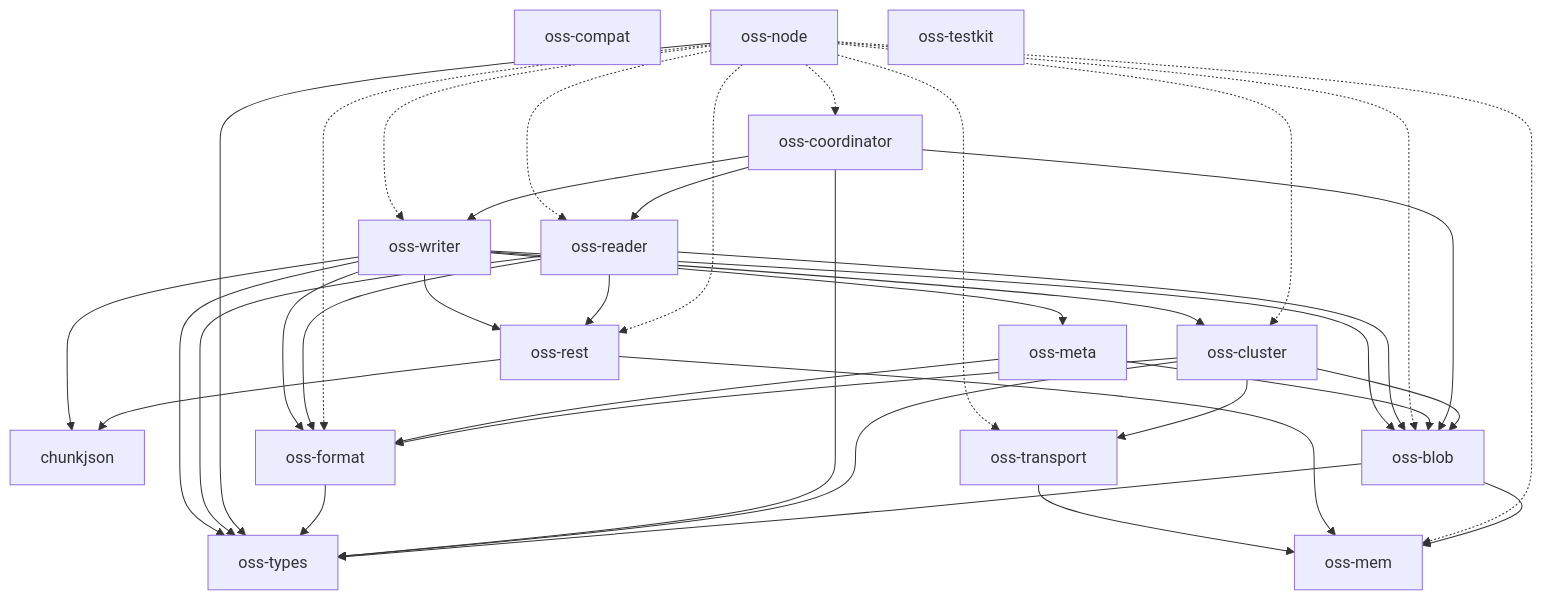
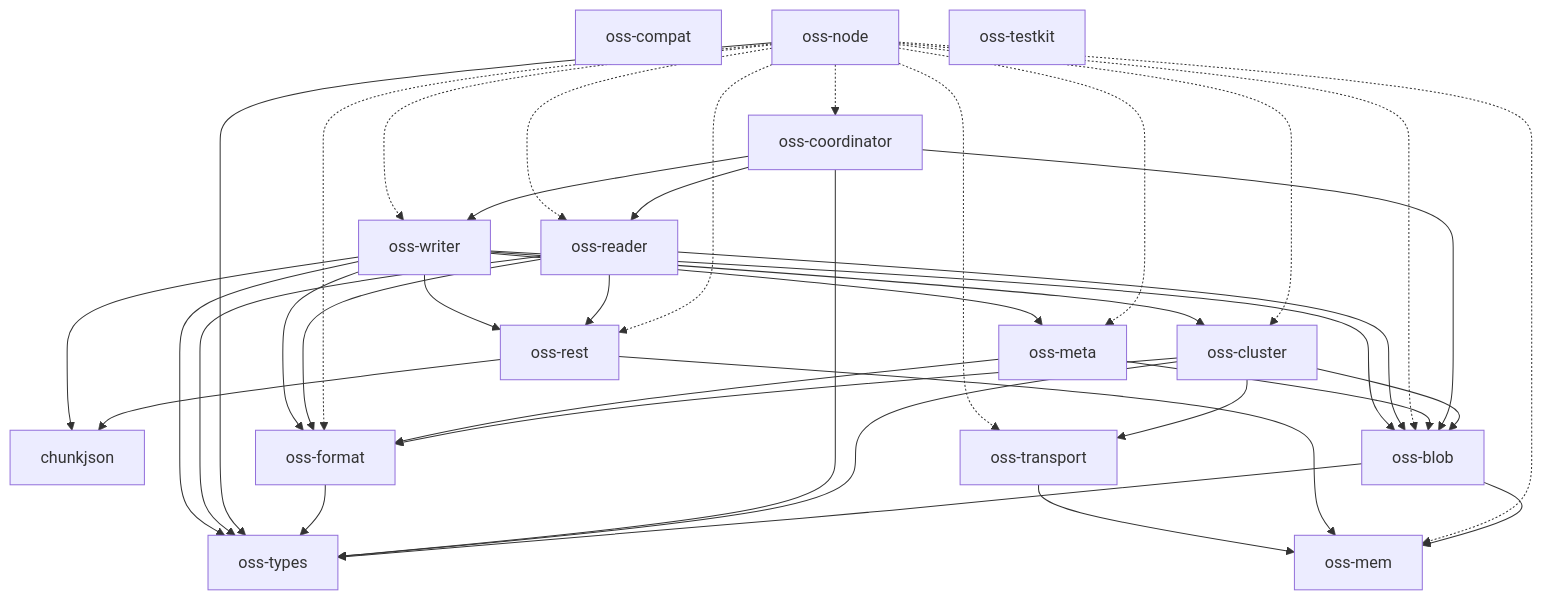
One commit to huyz0/opensearch-serverless changed the diagram in docs/architecture.md. Above: the diagram before and after it, drawn with Mermaid.

Commit message:
docs(architecture): regenerate the crate map
Spec: none (generated file)

````diff
--- a/docs/architecture.md
+++ b/docs/architecture.md
@@ -10,45 +10,46 @@
 ```mermaid
 graph TD
     chunkjson
     oss-blob --> oss-mem
     oss-blob --> oss-types
     oss-cluster --> oss-blob
     oss-cluster --> oss-format
     oss-cluster --> oss-transport
     oss-cluster --> oss-types
     oss-compat
     oss-coordinator --> oss-blob
     oss-coordinator --> oss-reader
     oss-coordinator --> oss-types
     oss-coordinator --> oss-writer
     oss-format --> oss-types
     oss-mem
     oss-meta --> oss-blob
     oss-meta --> oss-format
     oss-node -.-> oss-blob
     oss-node -.-> oss-cluster
     oss-node -.-> oss-coordinator
     oss-node -.-> oss-format
     oss-node -.-> oss-mem
+    oss-node -.-> oss-meta
     oss-node -.-> oss-reader
     oss-node -.-> oss-rest
     oss-node -.-> oss-transport
     oss-node --> oss-types
     oss-node -.-> oss-writer
     oss-reader --> oss-blob
     oss-reader --> oss-format
     oss-reader --> oss-rest
     oss-reader --> oss-types
     oss-rest --> chunkjson
     oss-rest --> oss-mem
     oss-testkit
     oss-transport --> oss-mem
     oss-types
     oss-writer --> chunkjson
     oss-writer --> oss-blob
     oss-writer --> oss-cluster
     oss-writer --> oss-format
     oss-writer --> oss-meta
     oss-writer --> oss-rest
     oss-writer --> oss-types
 ```
````
